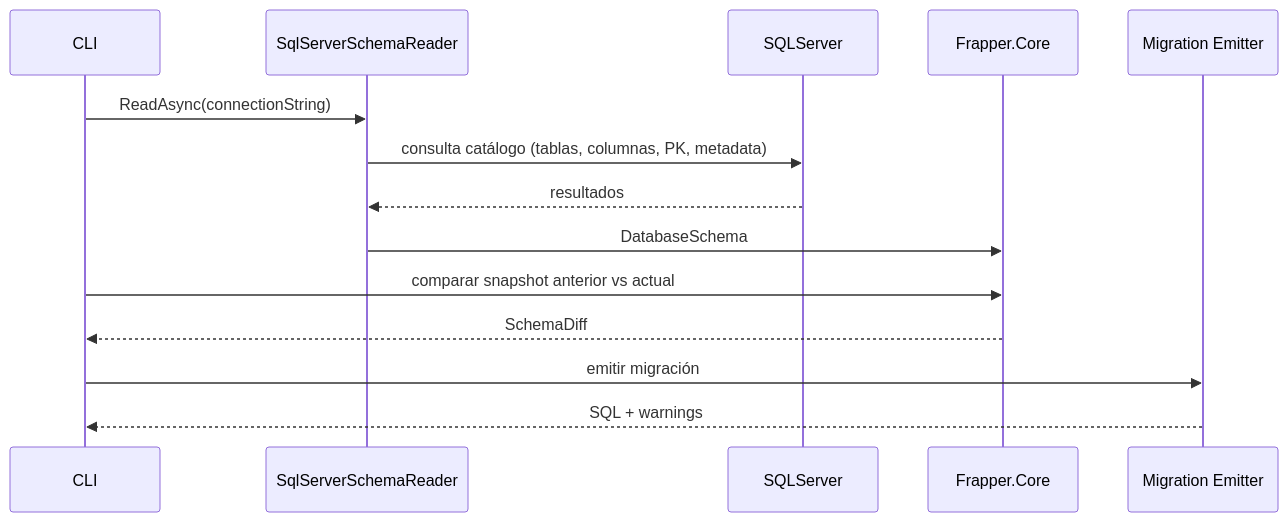
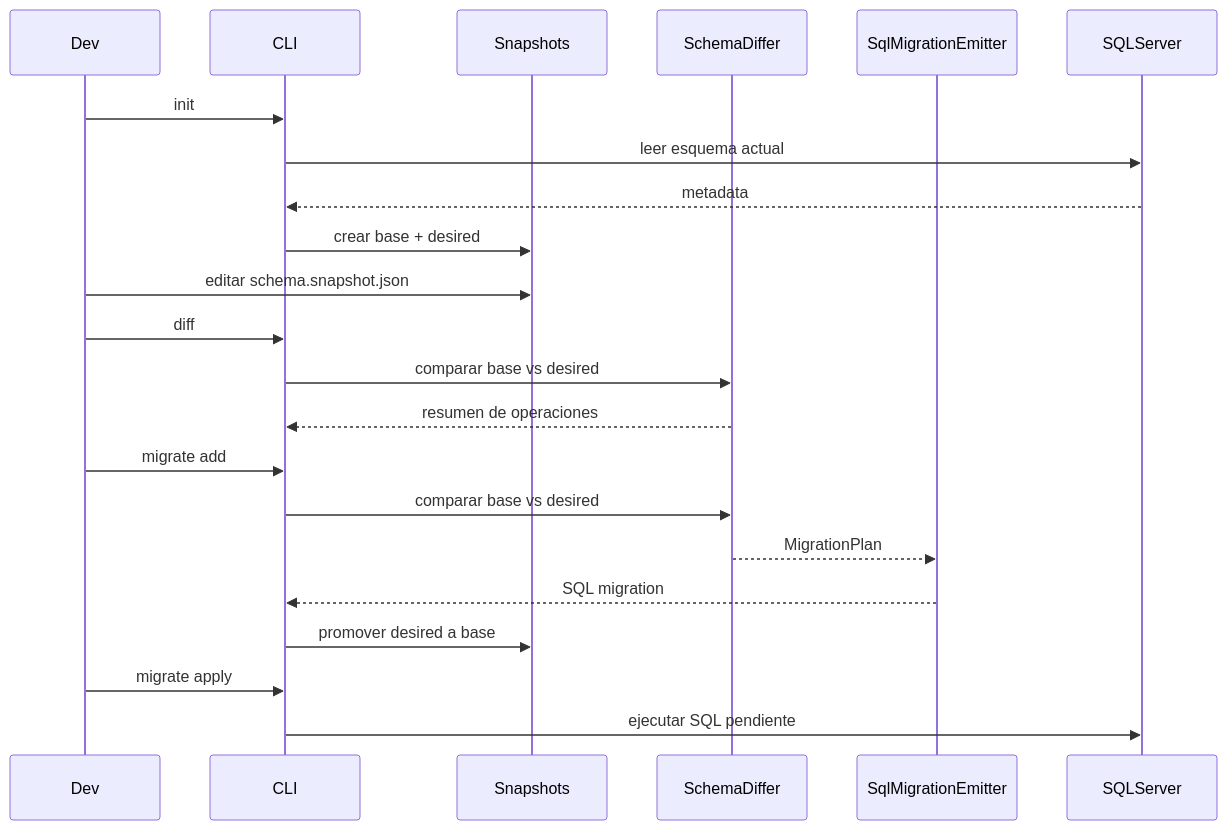
The first of 4 diagrams in README.md (gonzaromeroatton/frapper), drawn with Mermaid before and after one commit. The commit also changed other lines of this file, not shown here.

Commit message:
Actualiza el README para reflejar la versión actual de .NET, mejora la descripción del flujo de trabajo y aclara conceptos clave sobre snapshots y migraciones en Frapper.

````diff
--- a/README.md
+++ b/README.md
@@ -288,17 +622,29 @@
 ```mermaid
 sequenceDiagram
+    participant Dev
     participant CLI
-    participant SqlReader as SqlServerSchemaReader
+    participant Snapshots
+    participant Diff as SchemaDiffer
+    participant Emitter as SqlMigrationEmitter
     participant DB as SQLServer
-    participant Core as Frapper.Core
-    participant Emitter as Migration Emitter
 
-    CLI->>SqlReader: ReadAsync(connectionString)
-    SqlReader->>DB: consulta catálogo (tablas, columnas, PK, metadata)
-    DB-->>SqlReader: resultados
-    SqlReader->>Core: DatabaseSchema
-    CLI->>Core: comparar snapshot anterior vs actual
-    Core-->>CLI: SchemaDiff
-    CLI->>Emitter: emitir migración
-    Emitter-->>CLI: SQL + warnings
+    Dev->>CLI: init
+    CLI->>DB: leer esquema actual
+    DB-->>CLI: metadata
+    CLI->>Snapshots: crear base + desired
+
+    Dev->>Snapshots: editar schema.snapshot.json
+
+    Dev->>CLI: diff
+    CLI->>Diff: comparar base vs desired
+    Diff-->>CLI: resumen de operaciones
+
+    Dev->>CLI: migrate add
+    CLI->>Diff: comparar base vs desired
+    Diff-->>Emitter: MigrationPlan
+    Emitter-->>CLI: SQL migration
+    CLI->>Snapshots: promover desired a base
+
+    Dev->>CLI: migrate apply
+    CLI->>DB: ejecutar SQL pendiente
 ```
````
